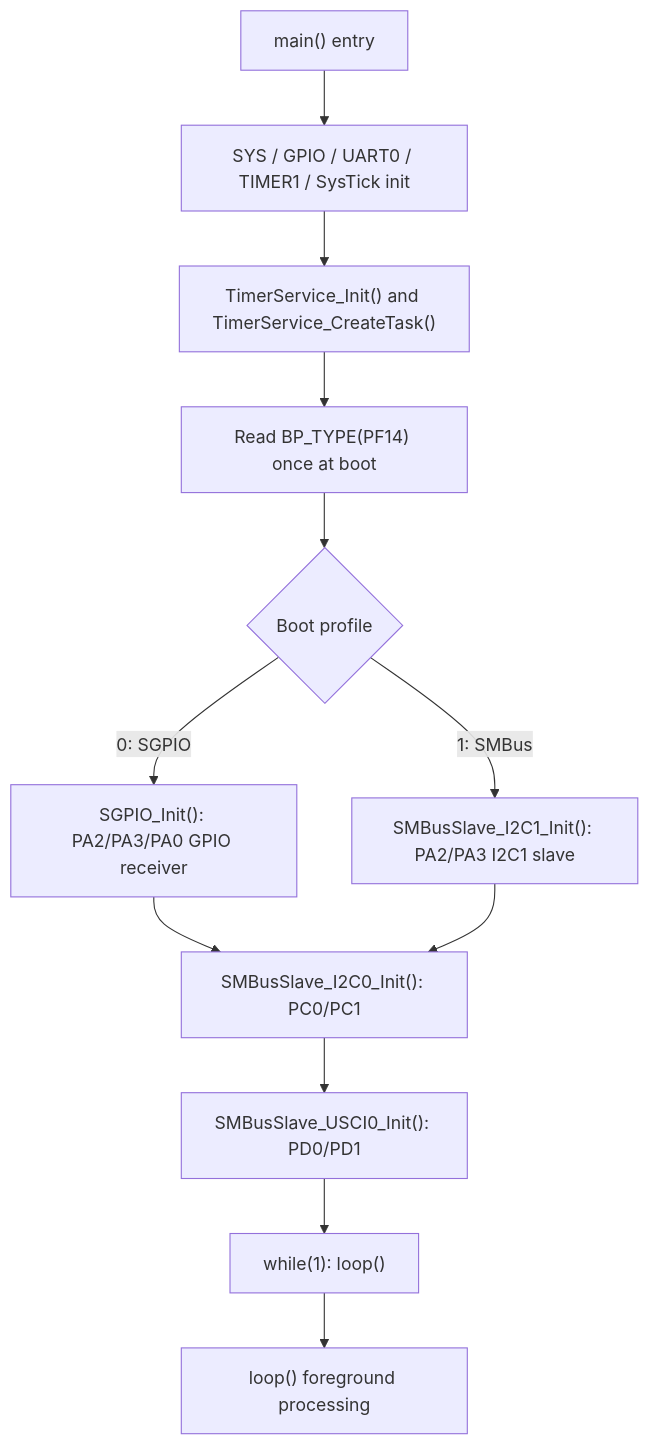
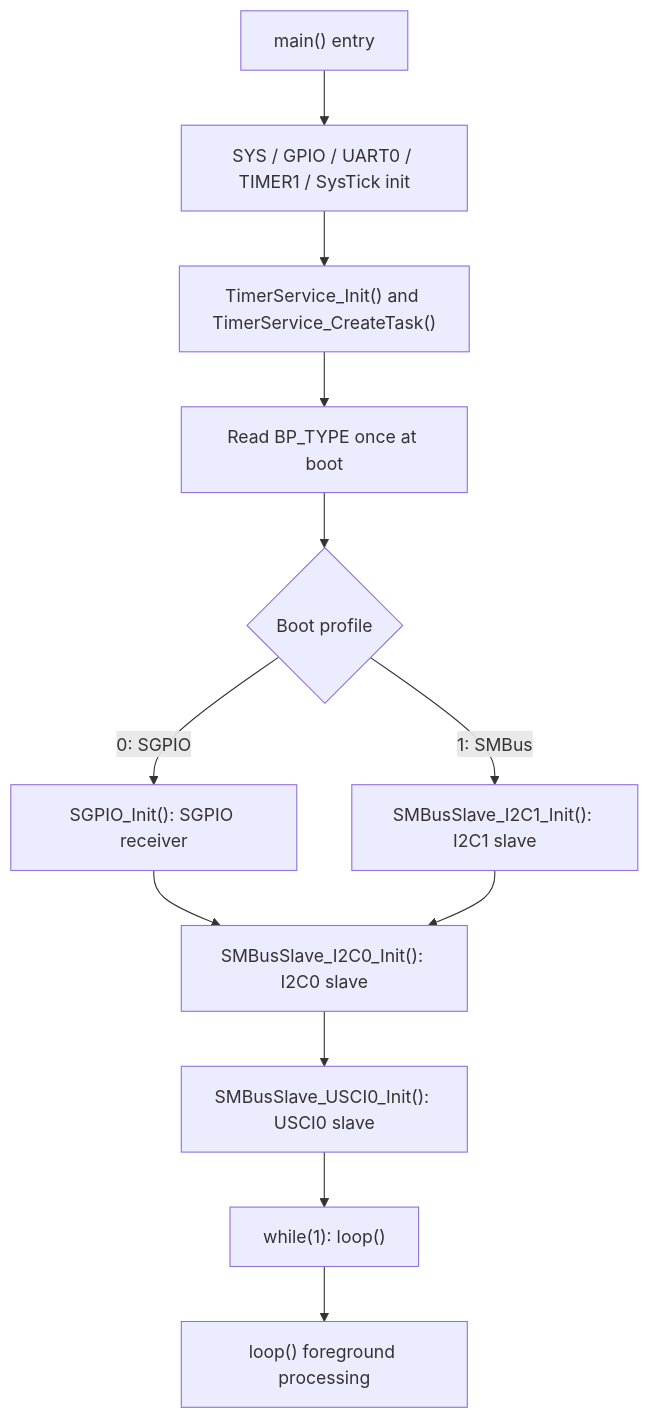
Before and after one commit to released/M031BSP_Software_SGPIO_I2C_Slave: the first of 4 diagrams in README.md, drawn with Mermaid. The commit also changed other lines of this file and 1 other file, not shown here.

````diff
--- a/README.md
+++ b/README.md
@@ -167,14 +165,14 @@
 ```mermaid
 flowchart TD
     A["main() entry"] --> B["SYS / GPIO / UART0 / TIMER1 / SysTick init"]
     B --> C["TimerService_Init() and TimerService_CreateTask()"]
-    C --> D["Read BP_TYPE(PF14) once at boot"]
+    C --> D["Read BP_TYPE once at boot"]
     D --> E{"Boot profile"}
-    E -->|0: SGPIO| F["SGPIO_Init(): PA2/PA3/PA0 GPIO receiver"]
-    E -->|1: SMBus| G["SMBusSlave_I2C1_Init(): PA2/PA3 I2C1 slave"]
-    F --> H["SMBusSlave_I2C0_Init(): PC0/PC1"]
+    E -->|0: SGPIO| F["SGPIO_Init(): SGPIO receiver"]
+    E -->|1: SMBus| G["SMBusSlave_I2C1_Init(): I2C1 slave"]
+    F --> H["SMBusSlave_I2C0_Init(): I2C0 slave"]
     G --> H
-    H --> I["SMBusSlave_USCI0_Init(): PD0/PD1"]
+    H --> I["SMBusSlave_USCI0_Init(): USCI0 slave"]
     I --> J["while(1): loop()"]
     J --> K["loop() foreground processing"]
 ```
````
